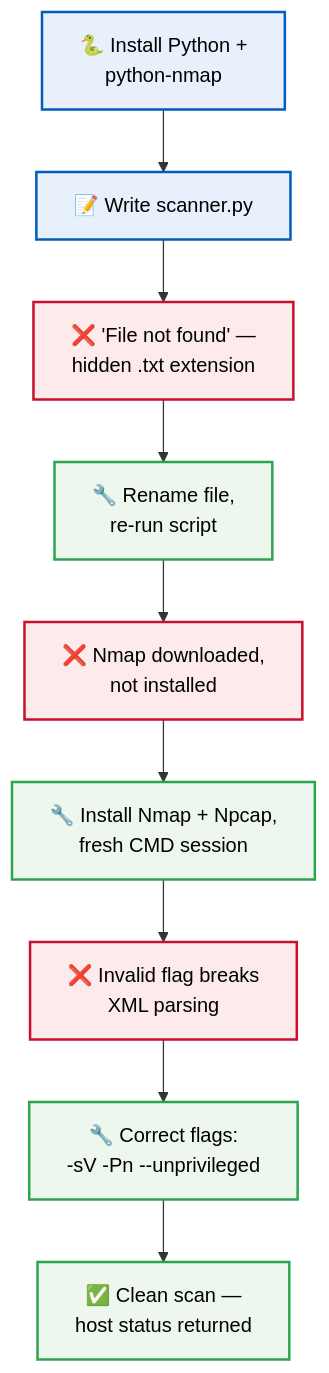
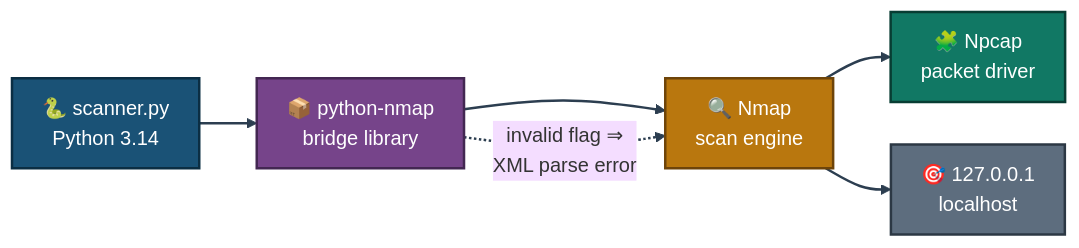
The first of 2 diagrams in 1-Foundational-Projects/project-03-automated-port-scanner/README.md (malaika-azhar/Cybersecurity-Lab-Projects), drawn with Mermaid before and after one commit. The commit also changed other lines of this file, not shown here.

````diff
--- a/1-Foundational-Projects/project-03-automated-port-scanner/README.md
+++ b/1-Foundational-Projects/project-03-automated-port-scanner/README.md
@@ -105,18 +113,15 @@
 ```mermaid
-flowchart TD
-    A["🐍 Install Python +<br/>python-nmap"] --> B["📝 Write scanner.py"]
-    B --> C["❌ 'File not found' —<br/>hidden .txt extension"]
-    C --> D["🔧 Rename file,<br/>re-run script"]
-    D --> E["❌ Nmap downloaded,<br/>not installed"]
-    E --> F["🔧 Install Nmap + Npcap,<br/>fresh CMD session"]
-    F --> G["❌ Invalid flag breaks<br/>XML parsing"]
-    G --> H["🔧 Correct flags:<br/>-sV -Pn --unprivileged"]
-    H --> I["✅ Clean scan —<br/>host status returned"]
-
-    classDef alert fill:#fdeaea,stroke:#C8102E,stroke-width:2px,color:#000
-    classDef work fill:#e8f1fb,stroke:#005EB8,stroke-width:2px,color:#000
-    classDef done fill:#eef7ee,stroke:#2ea44f,stroke-width:2px,color:#000
-    class A,B work
-    class C,E,G alert
-    class D,F,H,I done
+%%{init: {'theme': 'base', 'themeVariables': {'fontSize': '16px'}, 'flowchart': {'nodeSpacing': 34, 'rankSpacing': 46, 'padding': 12}}}%%
+flowchart LR
+    PY["🐍 scanner.py<br/>Python 3.14"]:::py --> LIB["📦 python-nmap<br/>bridge library"]:::lib
+    LIB --> NMAP["🔍 Nmap<br/>scan engine"]:::nmap
+    NMAP --> NPCAP["🧩 Npcap<br/>packet driver"]:::drv
+    NMAP --> TARGET["🎯 127.0.0.1<br/>localhost"]:::target
+    LIB -.->|"invalid flag ⇒<br/>XML parse error"| NMAP
+    classDef py fill:#1A5276,stroke:#0B2E43,stroke-width:2px,color:#FFFFFF
+    classDef lib fill:#76448A,stroke:#432752,stroke-width:2px,color:#FFFFFF
+    classDef nmap fill:#B9770E,stroke:#6E4409,stroke-width:2px,color:#FFFFFF
+    classDef drv fill:#117864,stroke:#083D33,stroke-width:2px,color:#FFFFFF
+    classDef target fill:#5D6D7E,stroke:#2C3844,stroke-width:2px,color:#FFFFFF
+    linkStyle default stroke:#2C3E50,stroke-width:2px
 ```
````
